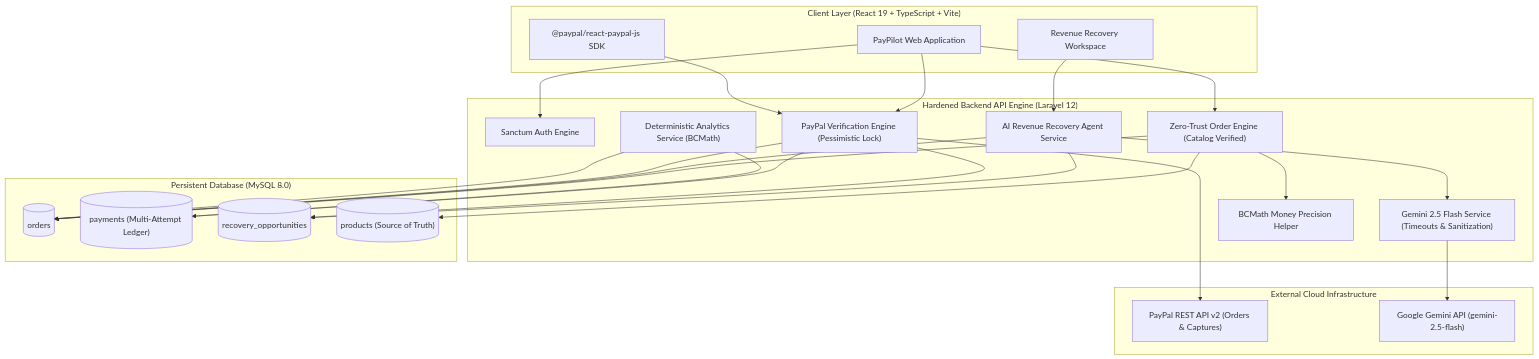
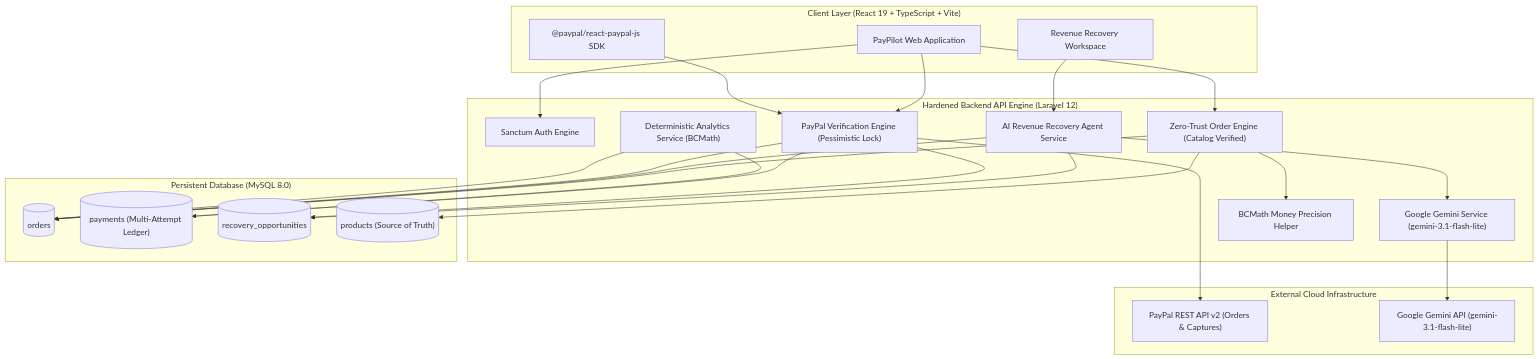
Before and after one commit to irfan-ibtech/PayPilot-AI: the first of 2 diagrams in README.md, drawn with Mermaid. The commit also changed other lines of this file and 7 other files, not shown here.

````diff
--- a/README.md
+++ b/README.md
@@ -36,53 +36,53 @@
 ```mermaid
 flowchart TD
     subgraph Client ["Client Layer (React 19 + TypeScript + Vite)"]
         UI["PayPilot Web Application"]
         REC_UI["Revenue Recovery Workspace"]
         PP_SDK["@paypal/react-paypal-js SDK"]
     end
 
     subgraph Backend ["Hardened Backend API Engine (Laravel 12)"]
         AUTH["Sanctum Auth Engine"]
         ORD_CTRL["Zero-Trust Order Engine (Catalog Verified)"]
         PAY_CTRL["PayPal Verification Engine (Pessimistic Lock)"]
         REC_AGENT["AI Revenue Recovery Agent Service"]
         ANALYTICS["Deterministic Analytics Service (BCMath)"]
-        GEMINI_SVC["Gemini 2.5 Flash Service (Timeouts & Sanitization)"]
+        GEMINI_SVC["Google Gemini Service (gemini-3.1-flash-lite)"]
         MONEY["BCMath Money Precision Helper"]
     end
 
     subgraph ExternalAPIs ["External Cloud Infrastructure"]
         PAYPAL["PayPal REST API v2 (Orders & Captures)"]
-        GEMINI["Google Gemini API (gemini-2.5-flash)"]
+        GEMINI["Google Gemini API (gemini-3.1-flash-lite)"]
     end
 
     subgraph Database ["Persistent Database (MySQL 8.0)"]
         DB_ORDERS[("orders")]
         DB_PAYMENTS[("payments (Multi-Attempt Ledger)")]
         DB_RECOVERY[("recovery_opportunities")]
         DB_PRODUCTS[("products (Source of Truth)")]
     end
 
     UI --> AUTH
     UI --> ORD_CTRL
     UI --> PAY_CTRL
     REC_UI --> REC_AGENT
     PP_SDK --> PAY_CTRL
 
     ORD_CTRL --> DB_PRODUCTS
     ORD_CTRL --> MONEY
     ORD_CTRL --> DB_ORDERS
 
     REC_AGENT --> GEMINI_SVC
     REC_AGENT --> DB_RECOVERY
     REC_AGENT --> DB_ORDERS
 
     PAY_CTRL --> PAYPAL
     PAY_CTRL --> DB_PAYMENTS
     PAY_CTRL --> DB_ORDERS
     PAY_CTRL --> DB_RECOVERY
 
     GEMINI_SVC --> GEMINI
     ANALYTICS --> DB_ORDERS
     ANALYTICS --> DB_PAYMENTS
 ```
````
